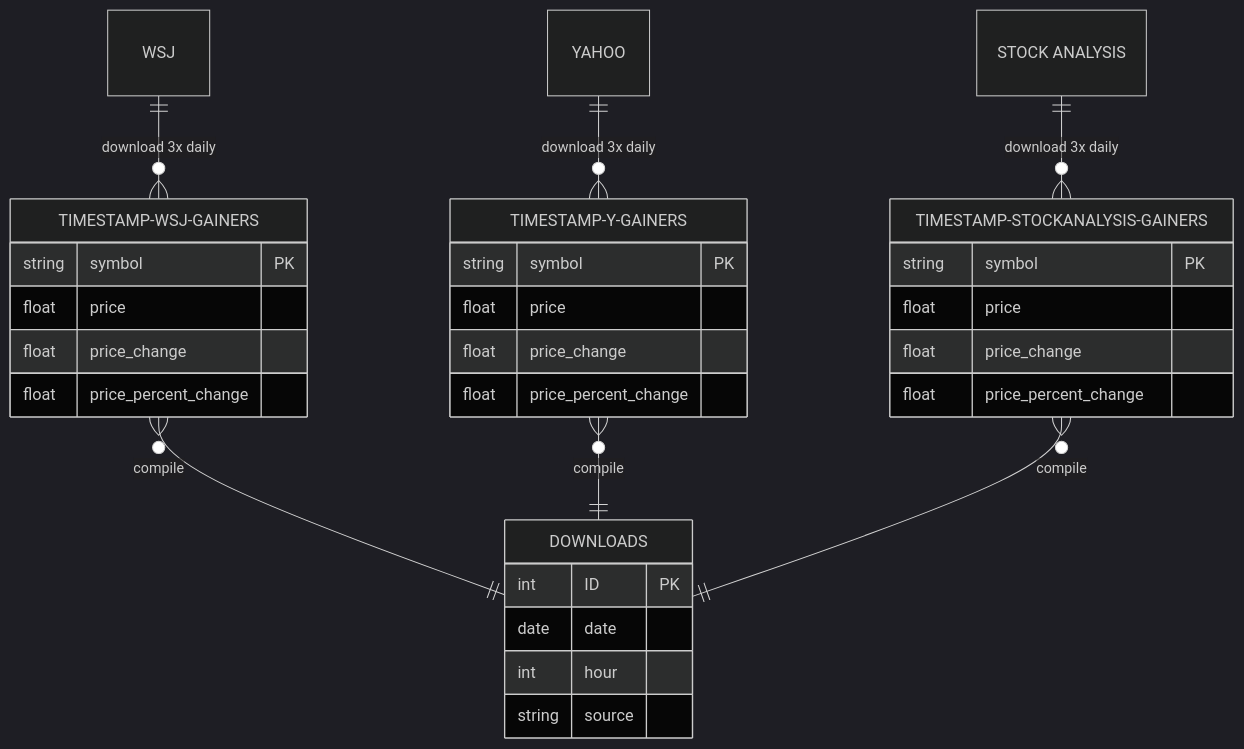
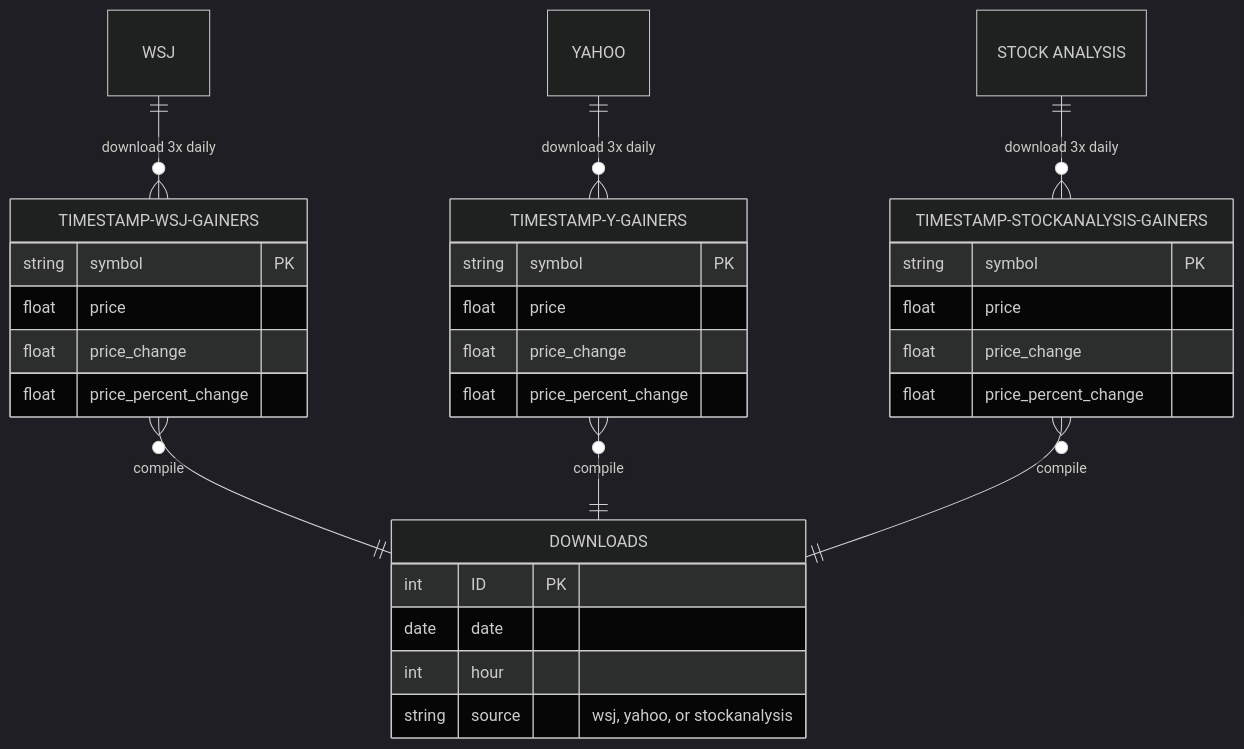
The diagram in ERD/ERD.md (KazBarker/SP25_DS5111_nrg6cb), drawn with Mermaid (dark theme) before and after one commit.

Commit message:
added comment

````diff
--- a/ERD/ERD.md
+++ b/ERD/ERD.md
@@ -2,36 +2,36 @@
 ```mermaid
 erDiagram
     WSJ only one to zero or more TIMESTAMP-WSJ-GAINERS : "download 3x daily"
     YAHOO only one to zero or more TIMESTAMP-Y-GAINERS : "download 3x daily"
     "STOCK ANALYSIS" only one to zero or more TIMESTAMP-STOCKANALYSIS-GAINERS : "download 3x daily"
     
     TIMESTAMP-WSJ-GAINERS {
         string symbol PK
         float price
         float price_change
         float price_percent_change
     }
     TIMESTAMP-Y-GAINERS {
         string symbol PK
         float price
         float price_change
         float price_percent_change
     }
     TIMESTAMP-STOCKANALYSIS-GAINERS {
         string symbol PK
         float price
         float price_change
         float price_percent_change
     }
  
     TIMESTAMP-WSJ-GAINERS many to only one DOWNLOADS : "compile"
     TIMESTAMP-Y-GAINERS many to only one DOWNLOADS : "compile"
     TIMESTAMP-STOCKANALYSIS-GAINERS many to only one DOWNLOADS : "compile"
 
     DOWNLOADS {
         int ID PK
         date date
         int hour
-        string source
+        string source "wsj, yahoo, or stockanalysis"
     }
 ```
````
